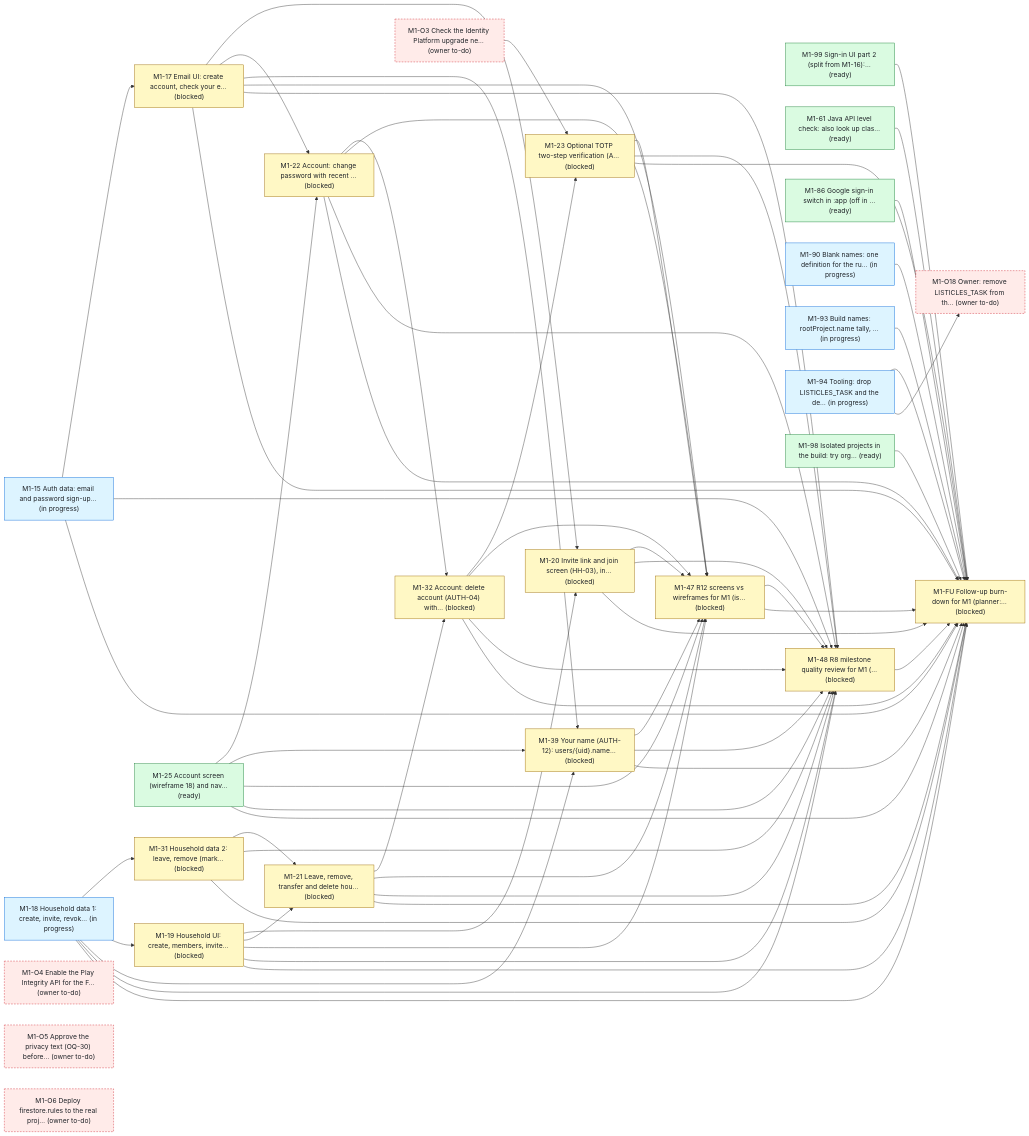
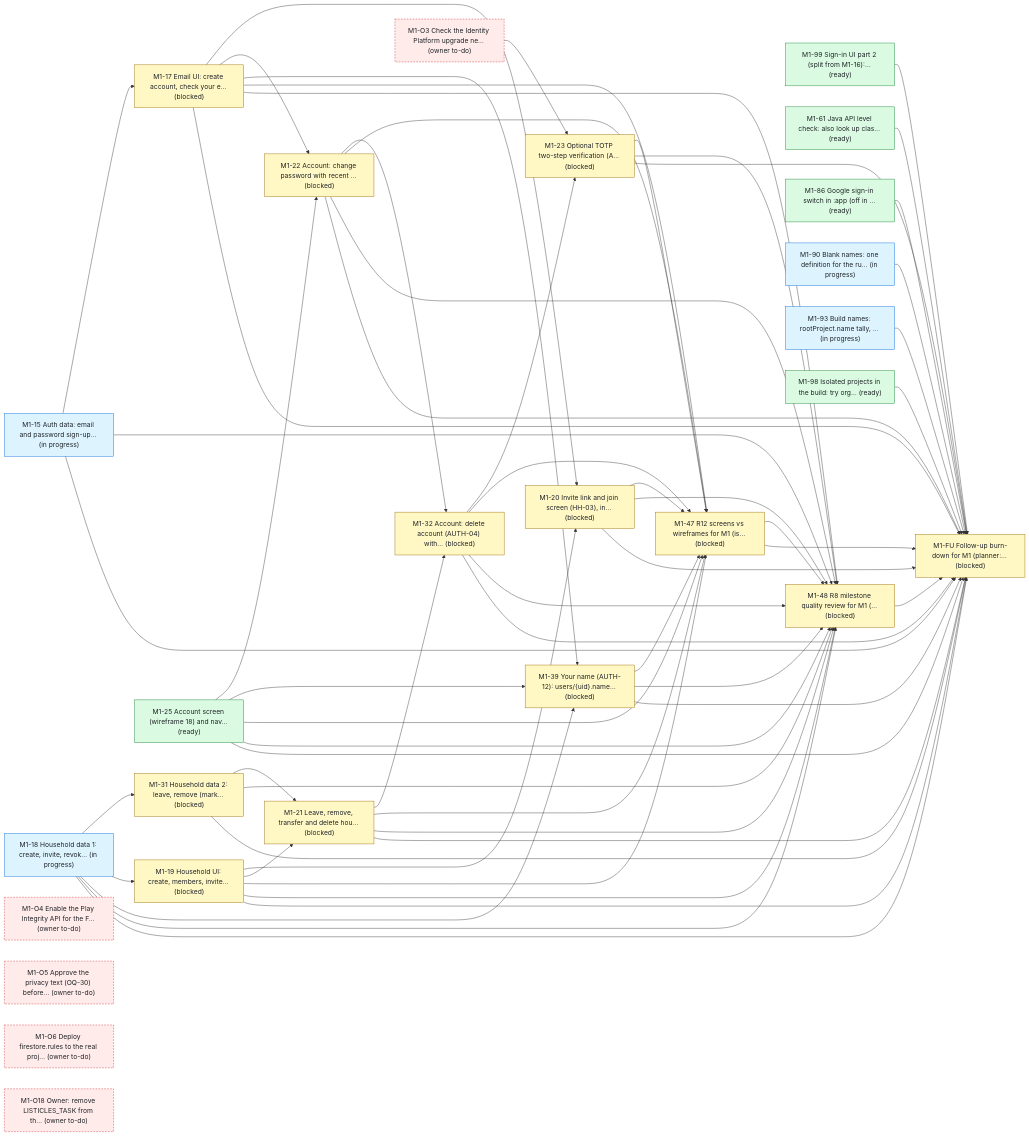
The first of 4 diagrams in status.md (bondo/listicles2), drawn with Mermaid before and after one commit. The commit also changed other lines of this file and 3 other files, not shown here.

```diff
--- a/status.md
+++ b/status.md
@@ -267,9 +267,8 @@
     n21["M1-86 Google sign-in switch in :app (off in … (ready)"]:::ready
     n22["M1-90 Blank names: one definition for the ru… (in progress)"]:::progress
     n23["M1-93 Build names: rootProject.name tally, … (in progress)"]:::progress
-    n24["M1-94 Tooling: drop LISTICLES_TASK and the de… (in progress)"]:::progress
-    n25["M1-98 Isolated projects in the build: try org… (ready)"]:::ready
-    n26["M1-O18 Owner: remove LISTICLES_TASK from th… (owner to-do)"]:::owner
+    n24["M1-98 Isolated projects in the build: try org… (ready)"]:::ready
+    n25["M1-O18 Owner: remove LISTICLES_TASK from th… (owner to-do)"]:::owner
     n0 --> n2
     n3 --> n4
     n3 --> n5
@@ -311,7 +310,6 @@
     n22 --> n16
     n23 --> n16
     n24 --> n16
-    n25 --> n16
     n1 --> n16
     n0 --> n16
     n2 --> n16
@@ -329,7 +327,6 @@
     n15 --> n16
     n12 --> n16
     n21 --> n16
-    n24 --> n26
     classDef ready fill:#dafbe1,stroke:#1a7f37,color:#1f2328
     classDef progress fill:#ddf4ff,stroke:#0969da,color:#1f2328
     classDef blocked fill:#fff8c5,stroke:#9a6700,color:#1f2328
```
